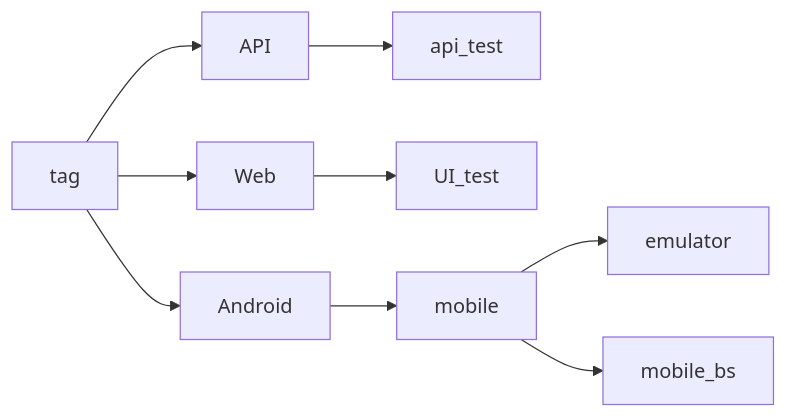
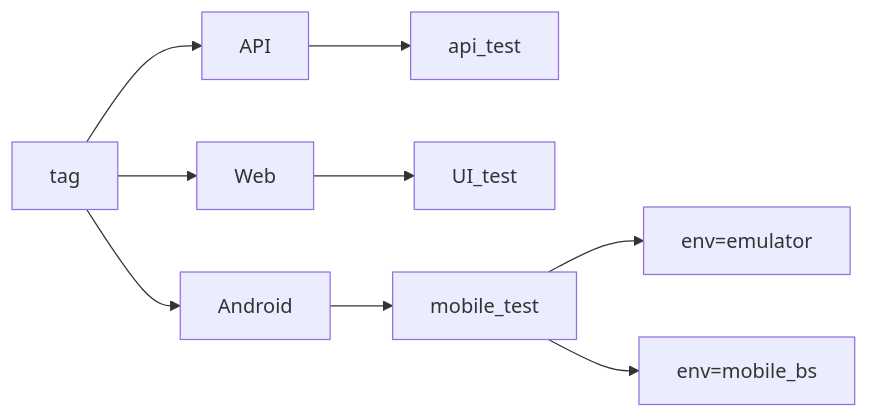
The diagram in README.md (JennyNdbn/webinar-tests-final-project), drawn with Mermaid before and after one commit.

Commit message:
updated mermaid readme

````diff
--- a/README.md
+++ b/README.md
@@ -150,11 +150,11 @@
 ```mermaid
 graph LR
 A[tag] --> B[API]
 A --> C[Web]
 A --> D[Android]
 B --> K[api_test]
 C --> E[UI_test]
-D --> G[mobile]
-G --> H[emulator]
-G --> F[mobile_bs]
+D --> G[mobile_test]
+G --> H[env=emulator]
+G --> F[env=mobile_bs]
 ```
````
